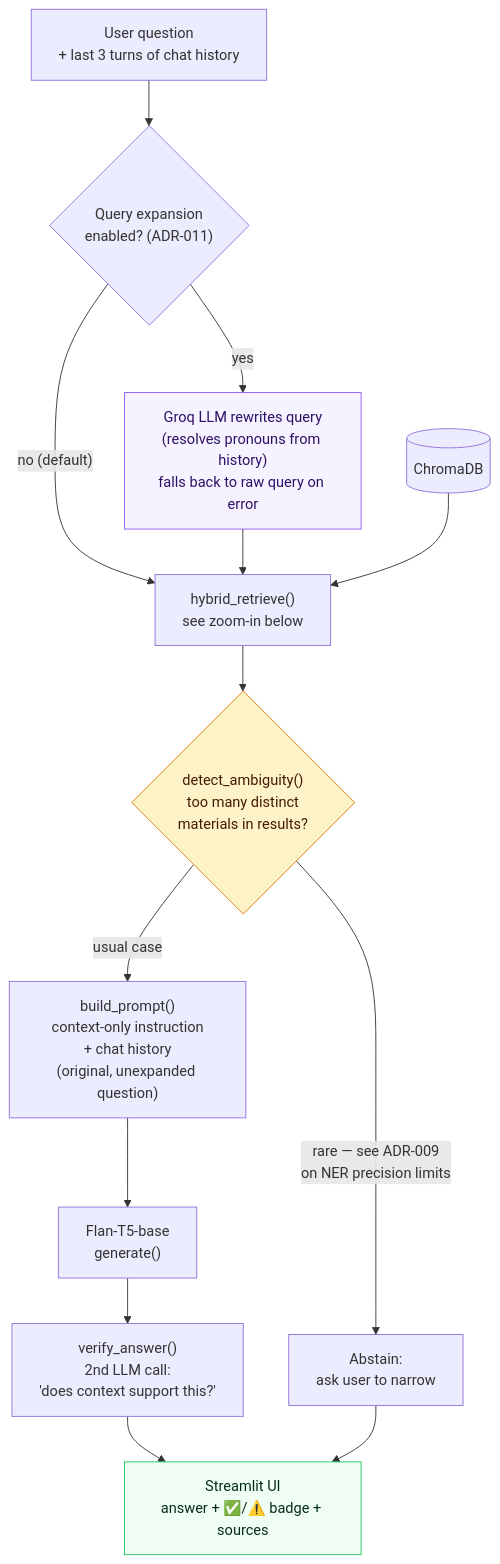
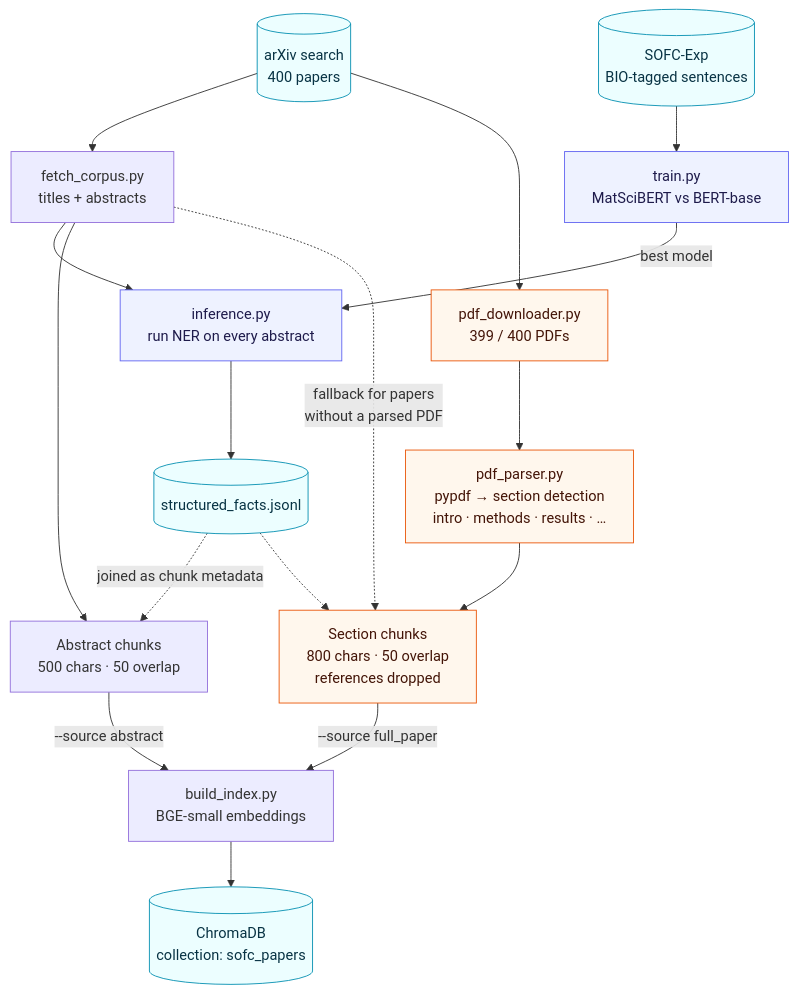
One commit to Mahakisore7/MatSci-RAG changed the second of 6 diagrams in README.md. Above: the diagram before and after it, drawn with Mermaid. The commit also changed other lines of this file and 25 other files, not shown here.

````diff
--- a/README.md
+++ b/README.md
@@ -103,19 +146,28 @@
 ```mermaid
 flowchart TB
-    Q["User question<br/>+ last 3 turns of chat history"] --> EXP{"Query expansion<br/>enabled? (ADR-011)"}
-    EXP -->|"yes"| GROQ["Groq LLM rewrites query<br/>(resolves pronouns from history)<br/>falls back to raw query on error"]
-    EXP -->|"no (default)"| H
-    GROQ --> H["hybrid_retrieve()<br/>see zoom-in below"]
-    CHROMA2[("ChromaDB")] --> H
-    H --> AMB{"detect_ambiguity()<br/>too many distinct<br/>materials in results?"}
-    AMB -->|"rare — see ADR-009<br/>on NER precision limits"| ABST["Abstain:<br/>ask user to narrow"]
-    AMB -->|"usual case"| PROMPT["build_prompt()<br/>context-only instruction<br/>+ chat history<br/>(original, unexpanded question)"]
-    PROMPT --> GEN["Flan-T5-base<br/>generate()"]
-    GEN --> VER["verify_answer()<br/>2nd LLM call:<br/>'does context support this?'"]
-    VER --> UI["Streamlit UI<br/>answer + ✅/⚠️ badge + sources"]
-    ABST --> UI
+    A[("arXiv search<br/>400 papers")] --> B["fetch_corpus.py<br/>titles + abstracts"]
+    A --> P["pdf_downloader.py<br/>399 / 400 PDFs"]
+    P --> Q["pdf_parser.py<br/>pypdf → section detection<br/>intro · methods · results · …"]
 
-    style AMB fill:#fef3c7,stroke:#d97706,color:#451a03
-    style UI fill:#f0fdf4,stroke:#22c55e,color:#052e16
-    style GROQ fill:#f5f3ff,stroke:#8b5cf6,color:#2e1065
+    S[("SOFC-Exp<br/>BIO-tagged sentences")] --> T["train.py<br/>MatSciBERT vs BERT-base"]
+    T -->|"best model"| N["inference.py<br/>run NER on every abstract"]
+    B --> N
+    N --> F[("structured_facts.jsonl")]
+
+    B --> C1["Abstract chunks<br/>500 chars · 50 overlap"]
+    Q --> C2["Section chunks<br/>800 chars · 50 overlap<br/>references dropped"]
+    B -. "fallback for papers<br/>without a parsed PDF" .-> C2
+    F -. "joined as chunk metadata" .-> C1
+    F -.-> C2
+
+    C1 -->|"--source abstract"| E["build_index.py<br/>BGE-small embeddings"]
+    C2 -->|"--source full_paper"| E
+    E --> DB[("ChromaDB<br/>collection: sofc_papers")]
+
+    classDef store fill:#ecfeff,stroke:#0891b2,color:#083344
+    classDef ner fill:#eef2ff,stroke:#6366f1,color:#1e1b4b
+    classDef full fill:#fff7ed,stroke:#ea580c,color:#431407
+    class A,S,F,DB store
+    class T,N ner
+    class P,Q,C2 full
 ```
````
